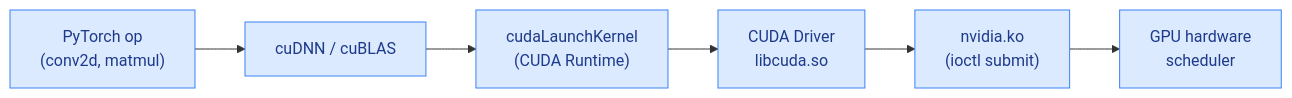
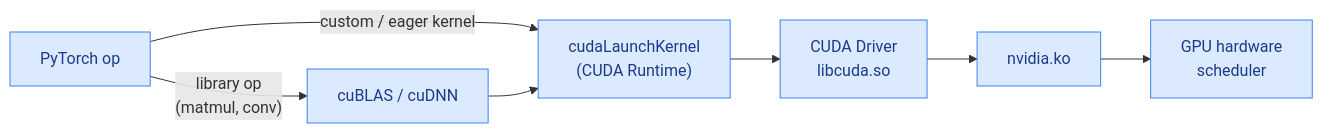
The first of 2 diagrams in README.md (852866031/cuda-schedule-project), drawn with Mermaid before and after one commit. The commit also changed other lines of this file, not shown here.

Commit message:
README: branch cuBLAS vs direct-launch paths, banded Orion diagram

````diff
--- a/README.md
+++ b/README.md
@@ -34,7 +36,8 @@
 ```mermaid
 flowchart LR
-  A["PyTorch op<br/>(conv2d, matmul)"]:::base --> B["cuDNN / cuBLAS"]:::base
-  B --> C["cudaLaunchKernel<br/>(CUDA Runtime)"]:::base --> D["CUDA Driver<br/>libcuda.so"]:::base
-  D --> E["nvidia.ko<br/>(ioctl submit)"]:::base --> F["GPU hardware<br/>scheduler"]:::base
+  A["PyTorch op"]:::base -->|"library op<br/>(matmul, conv)"| B["cuBLAS / cuDNN"]:::base
+  A -->|"custom / eager kernel"| C
+  B --> C["cudaLaunchKernel<br/>(CUDA Runtime)"]:::base
+  C --> D["CUDA Driver<br/>libcuda.so"]:::base --> E["nvidia.ko"]:::base --> F["GPU hardware<br/>scheduler"]:::base
   classDef base fill:#dbeafe,stroke:#3b82f6,color:#1e3a8a;
 ```
````
